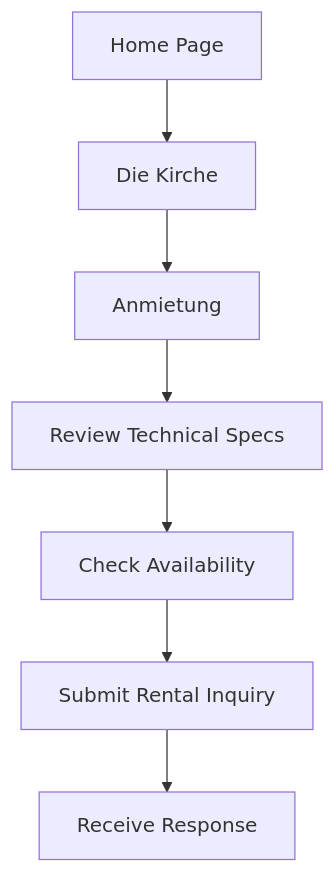
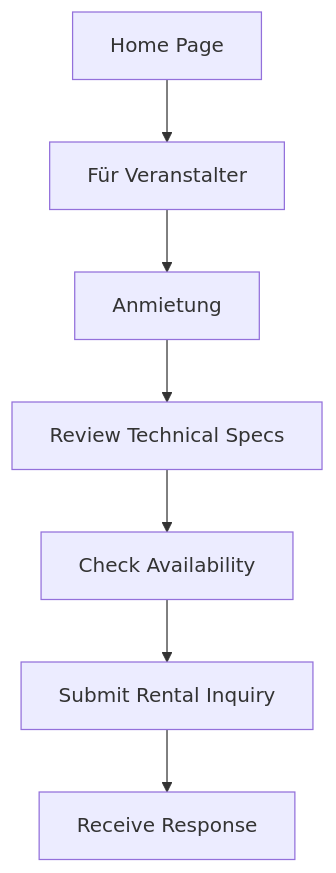
The third of 3 diagrams in SITE_ARCHITECTURE.md (akg-kiel/web-konzerte), drawn with Mermaid before and after one commit. The commit also changed other lines of this file, not shown here.

Commit message:
AKG-16: Update architecture - move church to external link, reorganize for event hosts

````diff
--- a/SITE_ARCHITECTURE.md
+++ b/SITE_ARCHITECTURE.md
@@ -66,9 +67,9 @@
 ```mermaid
 flowchart TD
-    Start[Home Page] --> Navigate[Die Kirche]
+    Start[Home Page] --> Navigate[Für Veranstalter]
     Navigate --> Anmieting[Anmietung]
     Anmieting --> Review[Review Technical Specs]
     Review --> Check[Check Availability]
     Check --> Contact[Submit Rental Inquiry]
     Contact --> Response[Receive Response]
 ```
````
